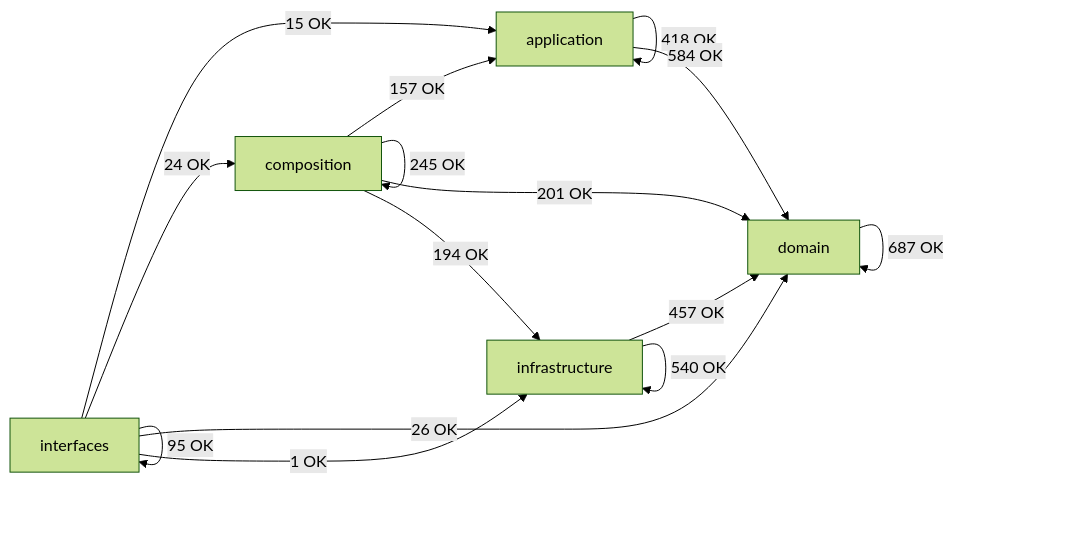
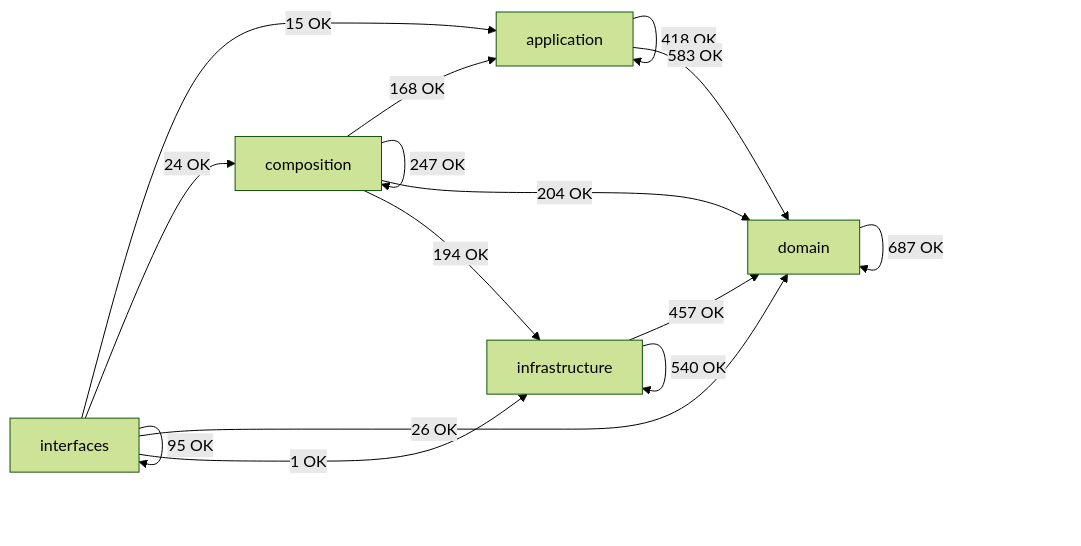
Before and after one commit to SatoryKono/BioactivityDataAcquisition: the diagram in docs/02-architecture/generated/module-dependency-map.md, drawn with Mermaid (forest theme). The commit also changed other lines of this file and 72 other files, not shown here.

First line of the commit message:
refactor(metrics): reduce size and complexity of architecture metric exemptions configuration

````diff
--- a/docs/02-architecture/generated/module-dependency-map.md
+++ b/docs/02-architecture/generated/module-dependency-map.md
@@ -16,22 +16,22 @@
 ```mermaid
 flowchart LR
     domain[domain]
     application[application]
     infrastructure[infrastructure]
     composition[composition]
     interfaces[interfaces]
     application -->|418 OK| application
-    application -->|584 OK| domain
-    composition -->|157 OK| application
-    composition -->|245 OK| composition
-    composition -->|201 OK| domain
+    application -->|583 OK| domain
+    composition -->|168 OK| application
+    composition -->|247 OK| composition
+    composition -->|204 OK| domain
     composition -->|194 OK| infrastructure
     domain -->|687 OK| domain
     infrastructure -->|457 OK| domain
     infrastructure -->|540 OK| infrastructure
     interfaces -->|15 OK| application
     interfaces -->|24 OK| composition
     interfaces -->|26 OK| domain
     interfaces -->|1 OK| infrastructure
     interfaces -->|95 OK| interfaces
 ```
````
